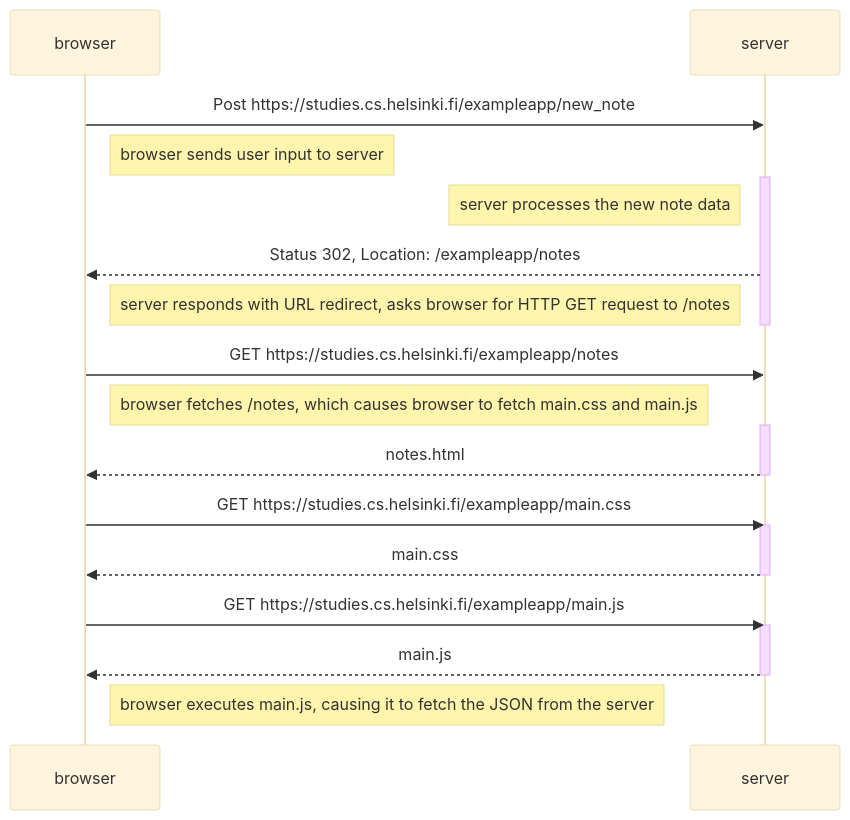
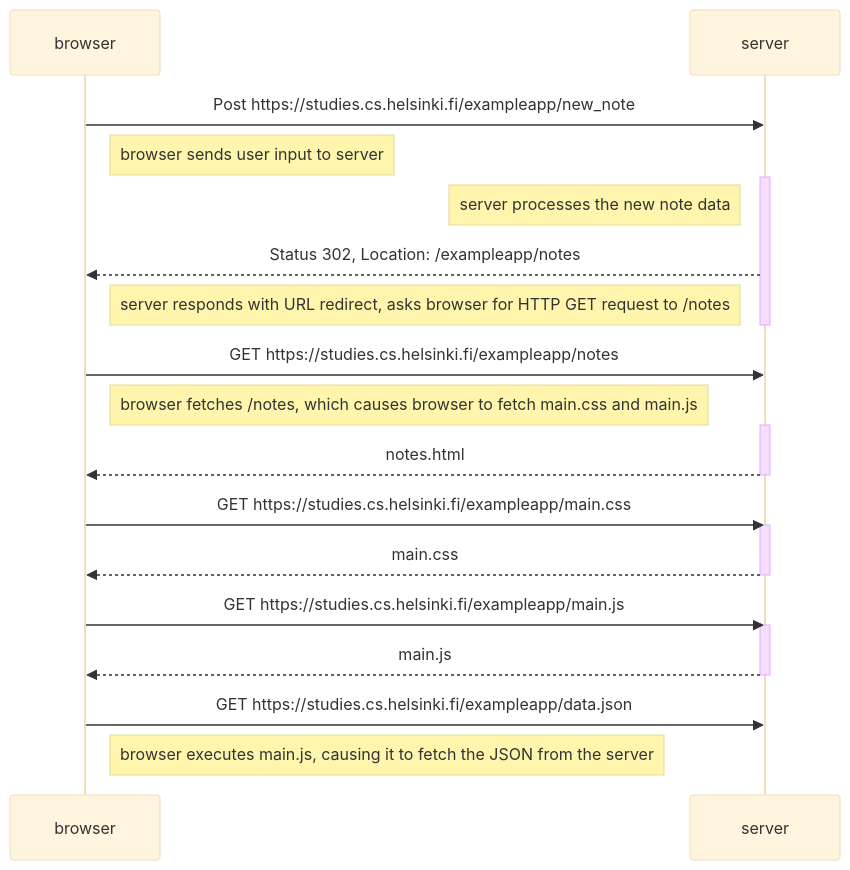
One commit to WMCS50/fso-part0 changed the diagram in 0.4-new-note-diagram - Copy.md. Above: the diagram before and after it, drawn with Mermaid (base theme).

Commit message:
Update 0.4-new-note-diagram - Copy.md

````diff
--- a/0.4-new-note-diagram - Copy.md
+++ b/0.4-new-note-diagram - Copy.md
@@ -1,31 +1,32 @@
 ```mermaid
     sequenceDiagram
         participant browser
         participant server
 
 browser->>server: Post https://studies.cs.helsinki.fi/exampleapp/new_note
         Note right of browser: browser sends user input to server
         activate server
         Note left of server: server processes the new note data
         server-->>browser: Status 302, Location: /exampleapp/notes
         Note left of server: server responds with URL redirect, asks browser for HTTP GET request to /notes
         deactivate server
         
         browser->>server: GET https://studies.cs.helsinki.fi/exampleapp/notes
         Note right of browser: browser fetches /notes, which causes browser to fetch main.css and main.js
         activate server
         server-->>browser: notes.html
         deactivate server
             
         browser->>server: GET https://studies.cs.helsinki.fi/exampleapp/main.css
         activate server
         server-->>browser: main.css
         deactivate server
         
         browser->>server: GET https://studies.cs.helsinki.fi/exampleapp/main.js
         activate server
         server-->>browser: main.js
         deactivate server
 
+        browser->>server: GET https://studies.cs.helsinki.fi/exampleapp/data.json
         Note right of browser: browser executes main.js, causing it to fetch the JSON from the server
 ```
````
